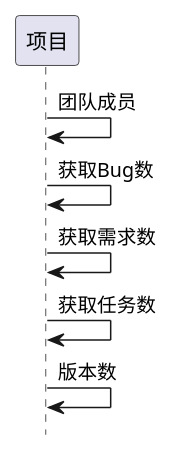
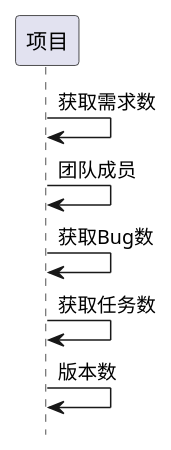
The third of 8 diagrams in ibizpms-docs/src/main/doc/v1/module/zentao/Project_old.md (goblinln/iBizPMS), drawn with PlantUML before and after one commit. The commit also changed other lines of this file and 230 other files, not shown here.

```diff
--- a/ibizpms-docs/src/main/doc/v1/module/zentao/Project_old.md
+++ b/ibizpms-docs/src/main/doc/v1/module/zentao/Project_old.md
@@ -288,9 +288,9 @@
 {% plantuml %}
 hide footbox
 
+项目 -> 项目: 获取需求数
 项目 -> 项目: 团队成员
 项目 -> 项目: 获取Bug数
-项目 -> 项目: 获取需求数
 项目 -> 项目: 获取任务数
 项目 -> 项目: 版本数
 {% endplantuml %}
```
